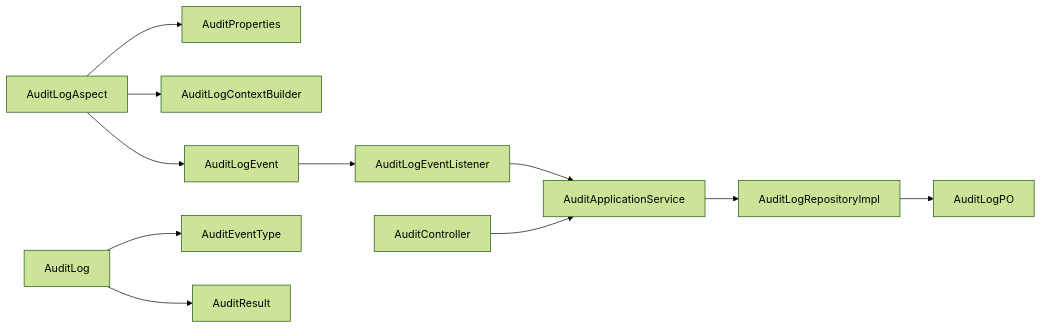
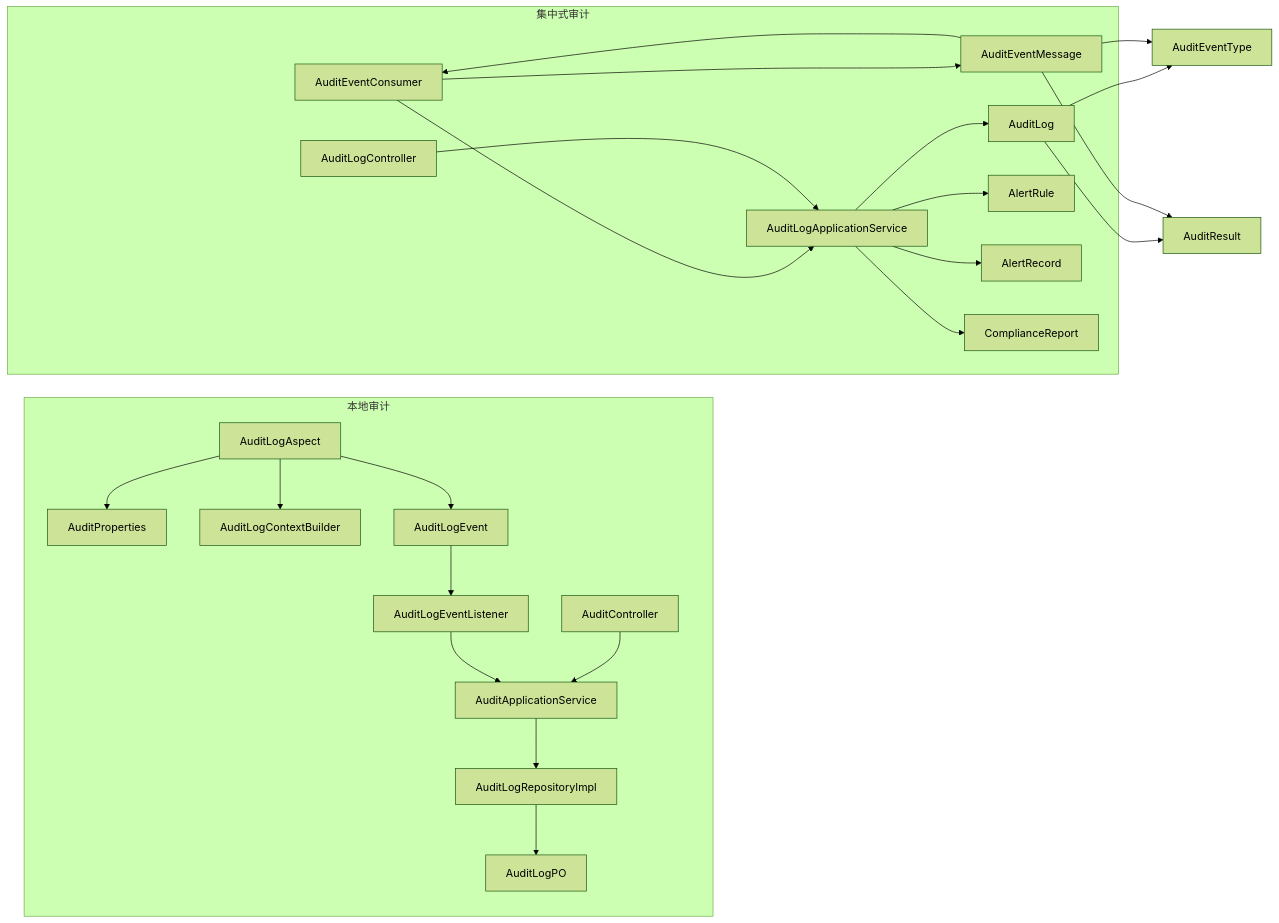
The sixth of 6 diagrams in .qoder/repowiki/zh/content/项目概述/项目结构/管理服务器 (iam-admin-server)/审计日志系统.md (fq0121104930716/iam-platform), drawn with Mermaid (forest theme) before and after one commit. The commit also changed other lines of this file and 219 other files, not shown here.

````diff
--- a/.qoder/repowiki/zh/content/项目概述/项目结构/管理服务器 (iam-admin-server)/审计日志系统.md
+++ b/.qoder/repowiki/zh/content/项目概述/项目结构/管理服务器 (iam-admin-server)/审计日志系统.md
@@ -389,13 +412,27 @@
 ```mermaid
 graph LR
+subgraph "本地审计"
 ALA["AuditLogAspect"] --> AP["AuditProperties"]
 ALA --> ALB["AuditLogContextBuilder"]
 ALA --> EVT["AuditLogEvent"]
 EVT --> EL["AuditLogEventListener"]
 EL --> AS["AuditApplicationService"]
 AS --> REPO["AuditLogRepositoryImpl"]
 REPO --> PO["AuditLogPO"]
-AE["AuditLog"] --> ENUM1["AuditEventType"]
+CTRL["AuditController"] --> AS
+end
+subgraph "集中式审计"
+MQ["AuditEventConsumer"] --> MSG["AuditEventMessage"]
+MSG --> MQ
+MQ --> SVC["AuditLogApplicationService"]
+SVC --> AE["AuditLog"]
+SVC --> AR["AlertRule"]
+SVC --> AT["AlertRecord"]
+SVC --> CR["ComplianceReport"]
+CTRL2["AuditLogController"] --> SVC
+end
+AE --> ENUM1["AuditEventType"]
 AE --> ENUM2["AuditResult"]
-CTRL["AuditController"] --> AS
+MSG --> ENUM1
+MSG --> ENUM2
 ```
````
